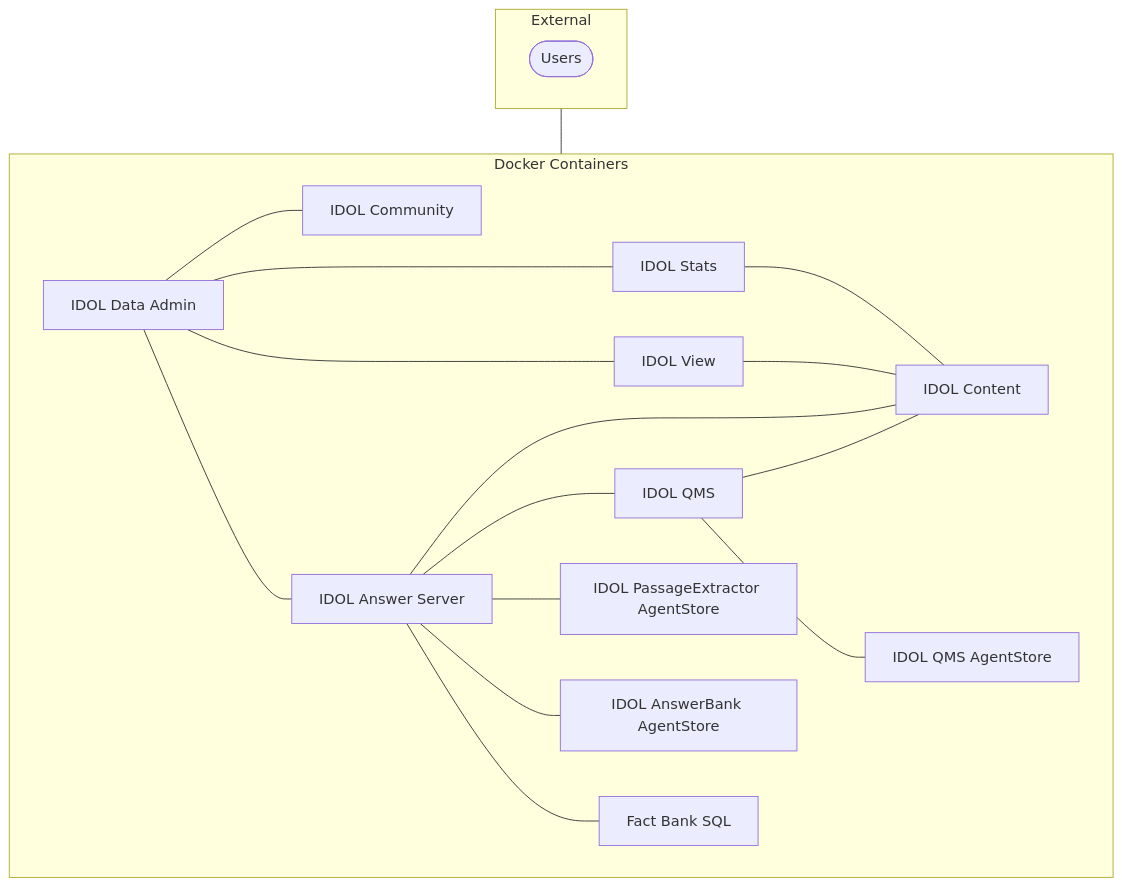
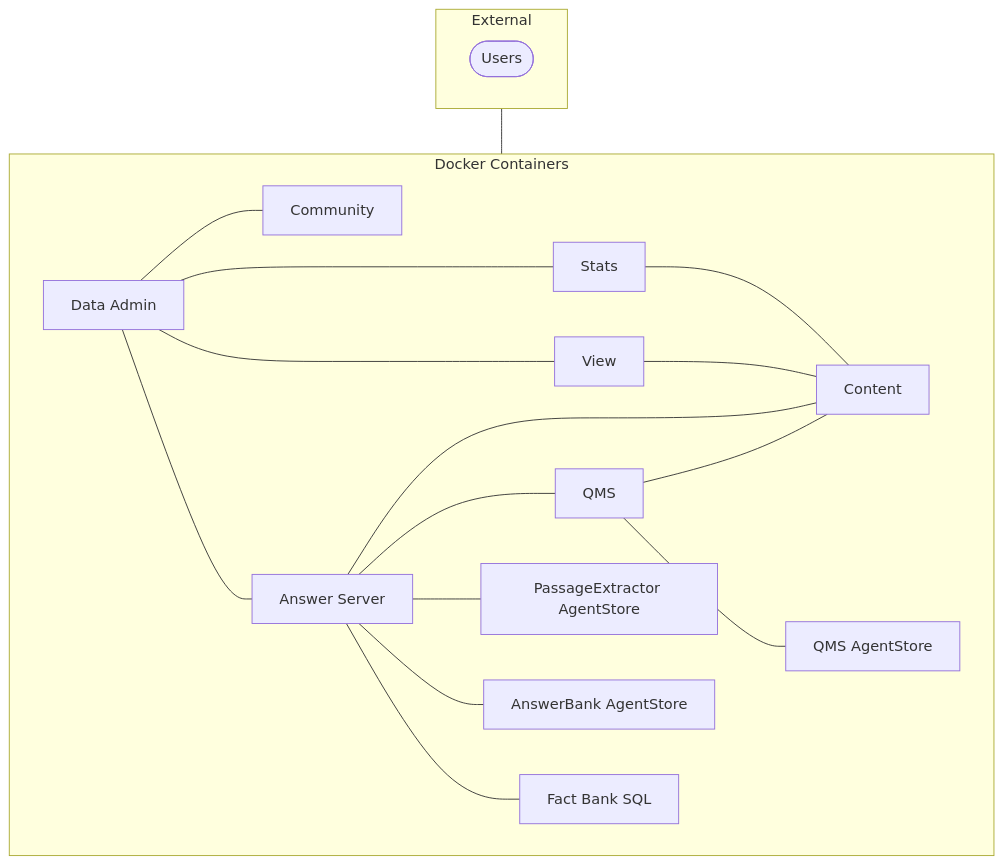
The diagram in tutorials/retrieval/answer/PART_I.md (opentext-idol/idol-tutorials), drawn with Mermaid before and after one commit. The commit also changed other lines of this file and 70 other files, not shown here.

````diff
--- a/tutorials/retrieval/answer/PART_I.md
+++ b/tutorials/retrieval/answer/PART_I.md
@@ -57,35 +57,35 @@
 ```mermaid
 flowchart TB
 
   subgraph external[External]
     direction LR
     users([Users])
   end
 
   subgraph internal[Docker Containers]
     direction LR
-    passageextractor-agentstore[IDOL PassageExtractor AgentStore]
-    answerbank-agentstore[IDOL AnswerBank AgentStore]
+    passageextractor-agentstore[PassageExtractor AgentStore]
+    answerbank-agentstore[AnswerBank AgentStore]
     factbank-postgres[Fact Bank SQL]
-    passageextractor-content[IDOL Content]
-    answerserver[IDOL Answer Server]
-    qms-agentstore[IDOL QMS AgentStore]
-    qms[IDOL QMS]
-    dataadmin-statsserver[IDOL Stats]
-    dataadmin-viewserver[IDOL View]
-    dataadmin-community[IDOL Community]
-    dataadmin[IDOL Data Admin]
+    passageextractor-content[Content]
+    answerserver[Answer Server]
+    qms-agentstore[QMS AgentStore]
+    qms[QMS]
+    dataadmin-statsserver[Stats]
+    dataadmin-viewserver[View]
+    dataadmin-community[Community]
+    dataadmin[Data Admin]
   end
 
   users --- dataadmin
   dataadmin --- dataadmin-community
   dataadmin --- dataadmin-statsserver --- passageextractor-content
   dataadmin --- dataadmin-viewserver --- passageextractor-content
   answerserver --- passageextractor-content
   dataadmin --- answerserver
   answerserver --- qms --- passageextractor-content
   qms --- qms-agentstore
   answerserver --- passageextractor-agentstore
   answerserver --- answerbank-agentstore
   answerserver --- factbank-postgres
 ```
````
